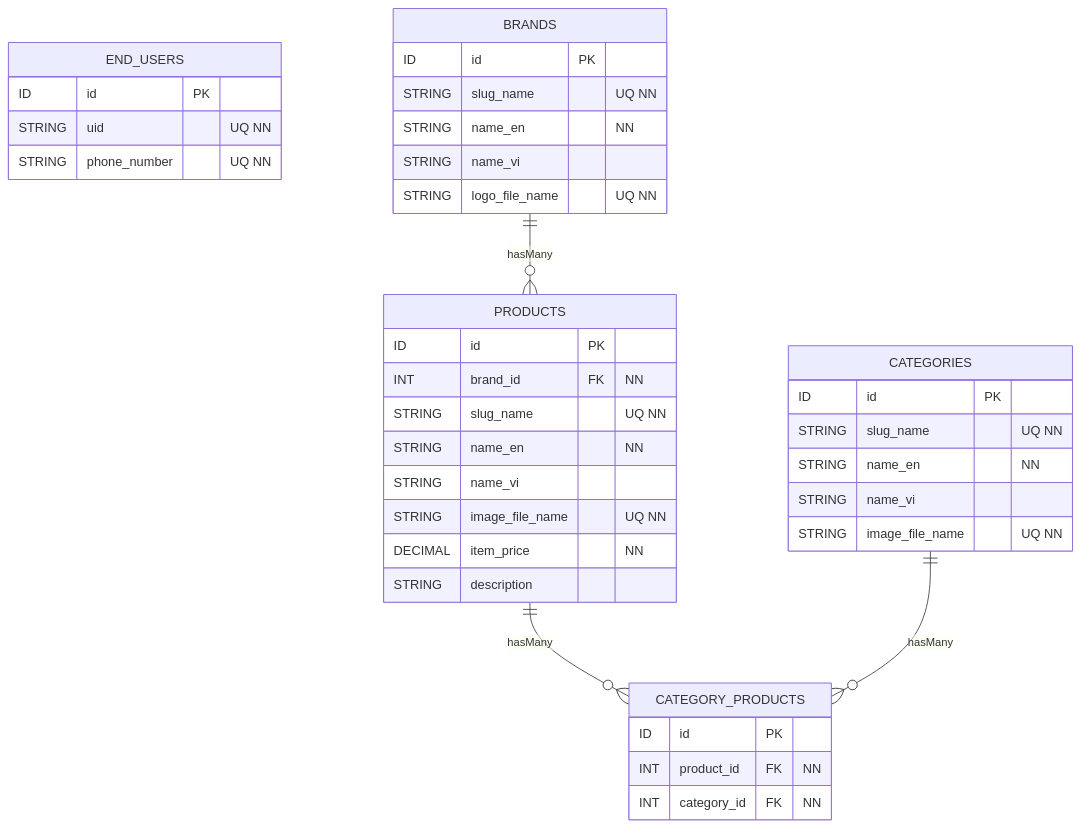
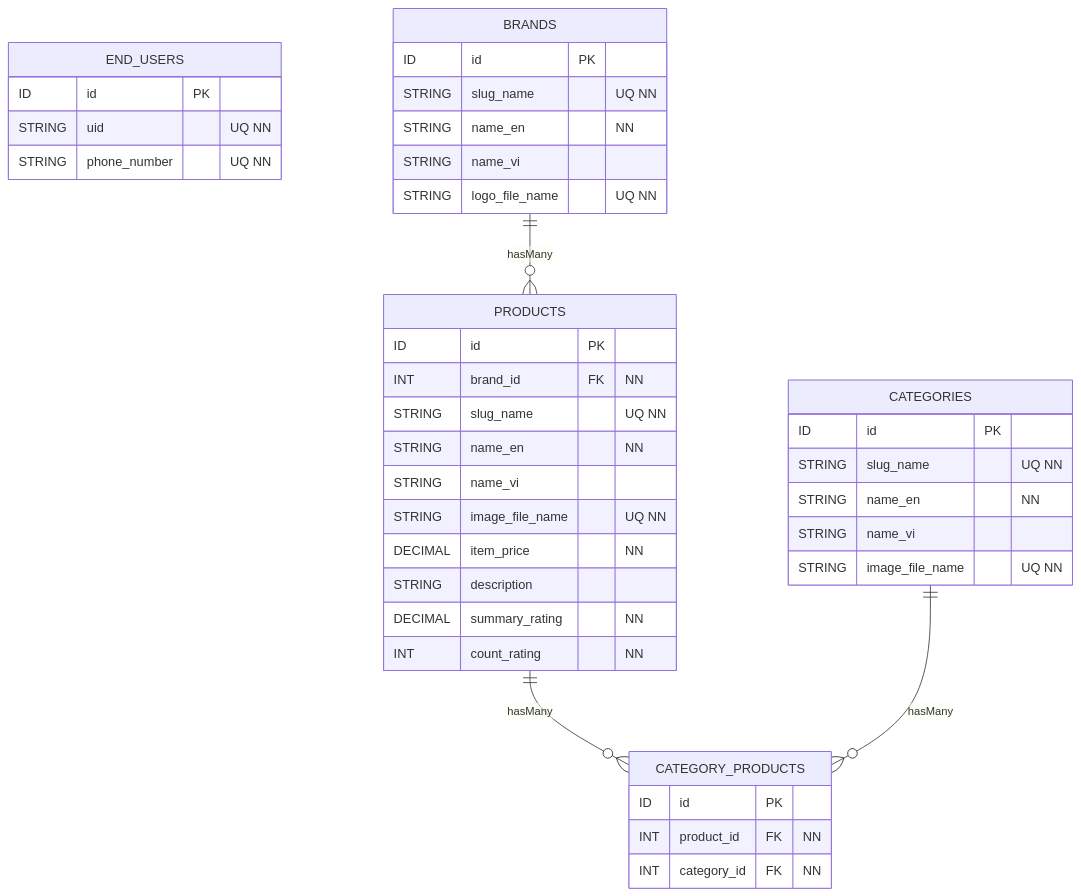
Before and after one commit to duyhuynh55110/skote: the diagram in app/ERD.md, drawn with Mermaid. The commit also changed 5 other files, not shown here.

````diff
--- a/app/ERD.md
+++ b/app/ERD.md
@@ -1,50 +1,52 @@
 ``` mermaid
 erDiagram
     END_USERS {
         ID id PK
         STRING uid "UQ NN"
         STRING phone_number "UQ NN"
     }
 
     BRANDS {
         ID id PK 
         STRING slug_name "UQ NN"
         STRING name_en "NN"
         STRING name_vi
         STRING logo_file_name "UQ NN"
     }
 
     PRODUCTS {
         ID id PK
         INT brand_id FK "NN"
         STRING slug_name "UQ NN"
         STRING name_en "NN"
         STRING name_vi
         STRING image_file_name "UQ NN"
         DECIMAL item_price "NN"
         STRING description
+        DECIMAL summary_rating "NN"
+        INT count_rating "NN"
     }
 
     CATEGORIES {
         ID id PK
         STRING slug_name "UQ NN"
         STRING name_en "NN"
         STRING name_vi 
         STRING image_file_name "UQ NN"
     }
 
     CATEGORY_PRODUCTS {
         ID id PK
         INT product_id FK "NN"
         INT category_id FK "NN"
     }
 
     %% BRANDS relations
     BRANDS ||--o{ PRODUCTS: hasMany
 
     %% PRODUCTS relations
     PRODUCTS ||--o{ CATEGORY_PRODUCTS: hasMany
 
     %% CATEGORIES relations
     CATEGORIES ||--o{ CATEGORY_PRODUCTS: hasMany
 ```
````
